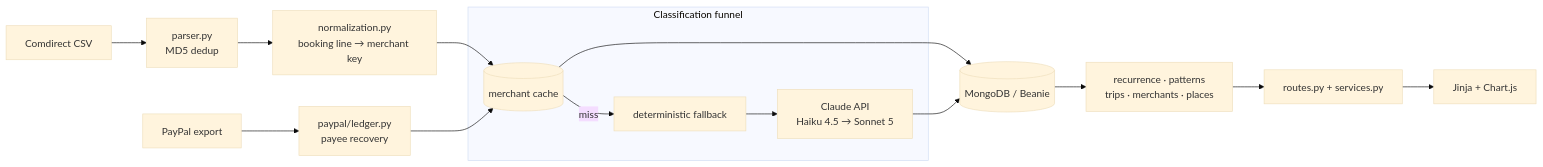
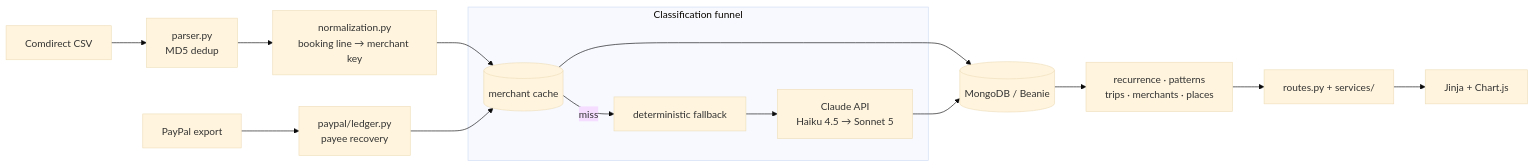
Before and after one commit to henrygerlach/Personal-Finance-Dashboard: the diagram in README.md, drawn with Mermaid (base theme). The commit also changed other lines of this file and 41 other files, not shown here.

````diff
--- a/README.md
+++ b/README.md
@@ -77,20 +77,20 @@
 ```mermaid
 graph LR
     CSV[Comdirect CSV] --> Parser[parser.py<br/>MD5 dedup]
     Parser --> Norm[normalization.py<br/>booking line → merchant key]
     PP[PayPal export] --> Ledger[paypal/ledger.py<br/>payee recovery]
 
     subgraph "Classification funnel"
         Cache[(merchant cache)]
         Fallback[deterministic fallback]
         API[Claude API<br/>Haiku 4.5 → Sonnet 5]
     end
 
     Norm --> Cache
     Ledger --> Cache
     Cache -->|miss| Fallback --> API
     Cache --> DB[(MongoDB / Beanie)]
     API --> DB
     DB --> Det[recurrence · patterns<br/>trips · merchants · places]
-    Det --> Routes[routes.py + services.py] --> UI[Jinja + Chart.js]
+    Det --> Routes[routes.py + services/] --> UI[Jinja + Chart.js]
 ```
````
